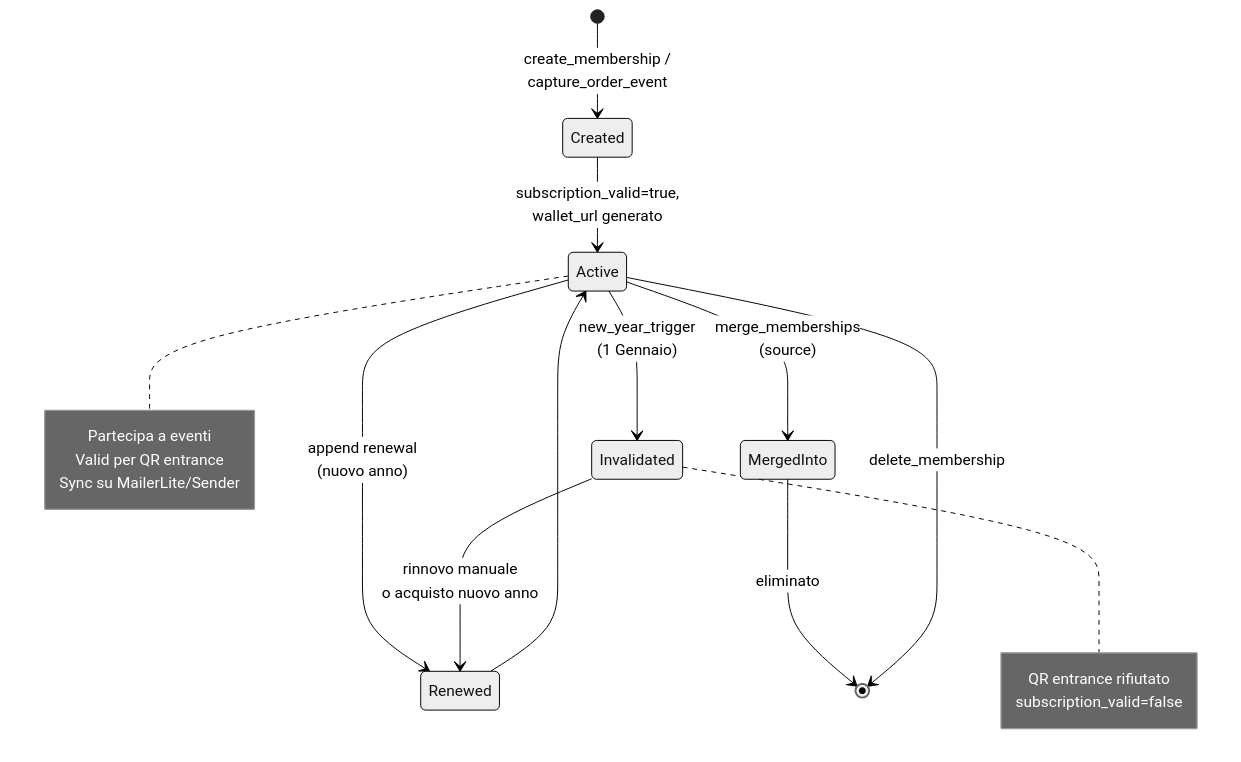
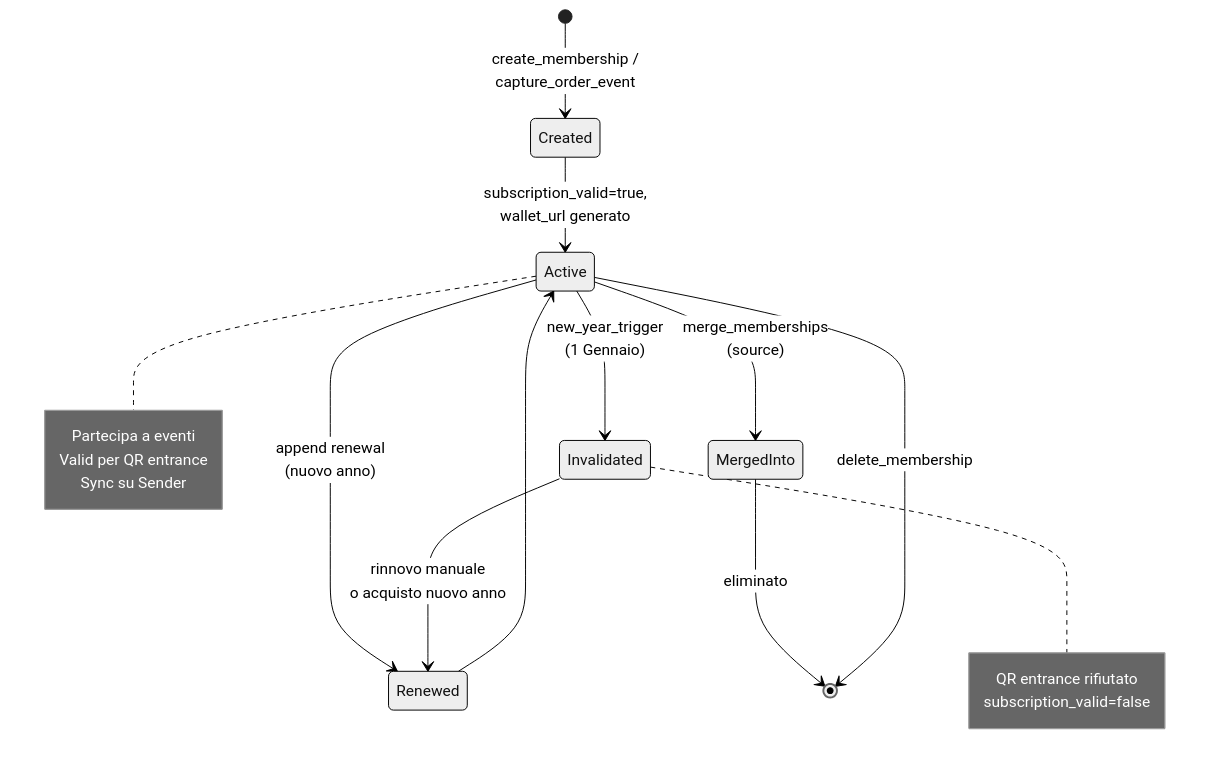
One commit to Vittorix99/mcp-website changed diagram 16 of 35 in mcp-backend/BACKEND_USE_CASES.md. Above: the diagram before and after it, drawn with Mermaid (neutral theme). The commit also changed other lines of this file and 180 other files, not shown here.

````diff
--- a/mcp-backend/BACKEND_USE_CASES.md
+++ b/mcp-backend/BACKEND_USE_CASES.md
@@ -746,23 +758,23 @@
 ```mermaid
 stateDiagram-v2
     [*] --> Created: create_membership /<br/>capture_order_event
     Created --> Active: subscription_valid=true,<br/>wallet_url generato
     Active --> Renewed: append renewal<br/>(nuovo anno)
     Renewed --> Active
     Active --> Invalidated: new_year_trigger<br/>(1 Gennaio)
     Invalidated --> Renewed: rinnovo manuale<br/>o acquisto nuovo anno
     Active --> MergedInto: merge_memberships<br/>(source)
     MergedInto --> [*]: eliminato
     Active --> [*]: delete_membership
 
     note right of Active
         Partecipa a eventi
         Valid per QR entrance
-        Sync su MailerLite/Sender
+        Sync su Sender
     end note
 
     note right of Invalidated
         QR entrance rifiutato
         subscription_valid=false
     end note
 ```
````
